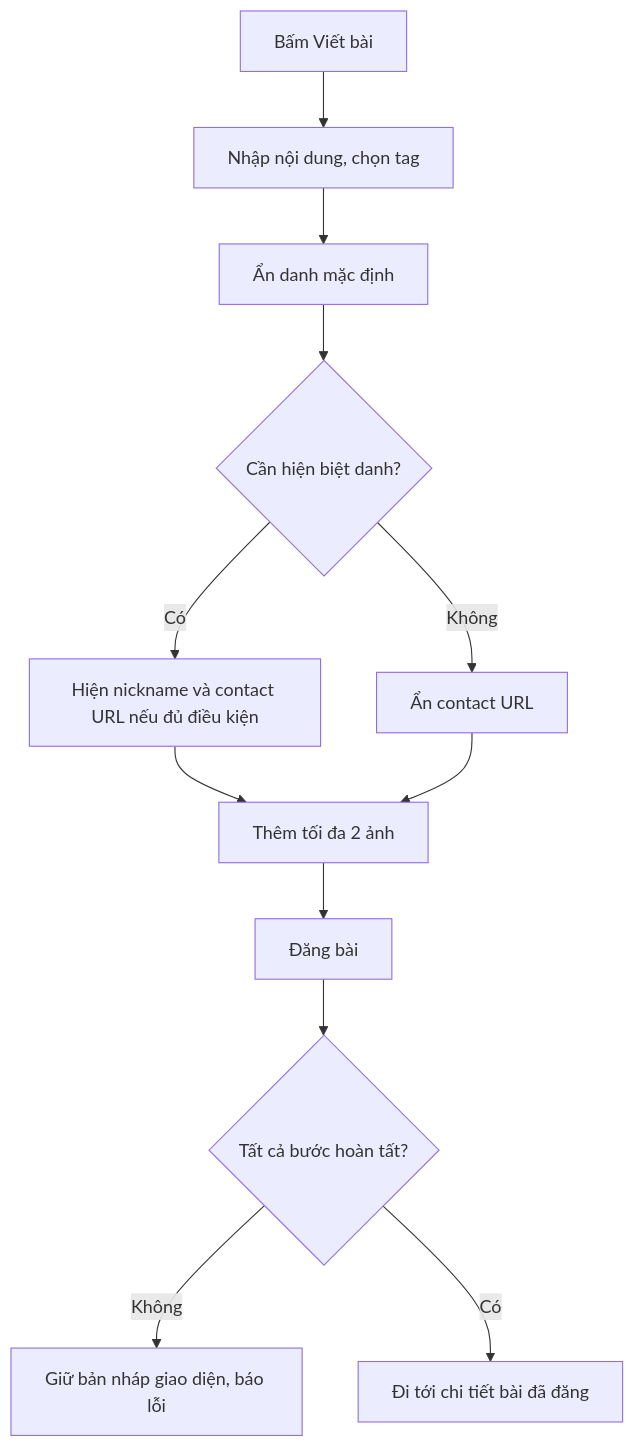
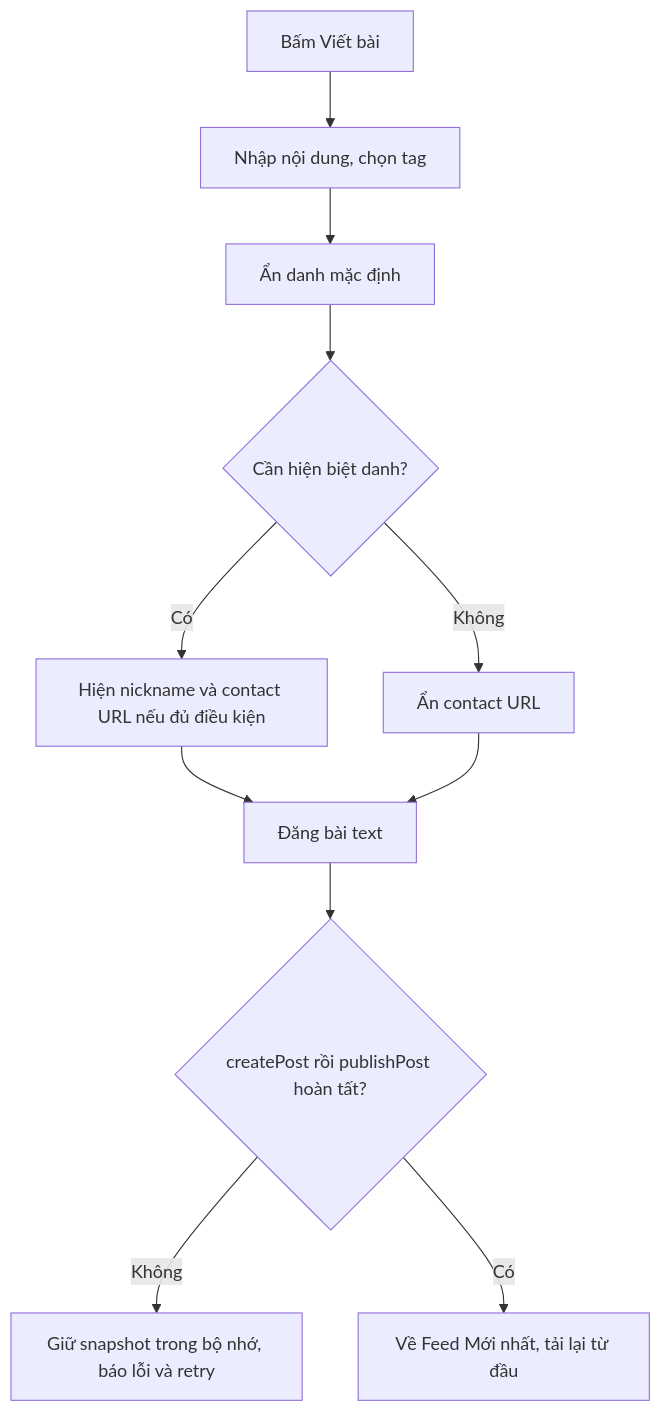
One commit to NgnTienDat/TheOU changed the third of 3 diagrams in docs/03-UI-UX-SPEC.md. Above: the diagram before and after it, drawn with Mermaid. The commit also changed other lines of this file and 28 other files, not shown here.

First line of the commit message:
feat(posts): add feed UI and text post composer

````diff
--- a/docs/03-UI-UX-SPEC.md
+++ b/docs/03-UI-UX-SPEC.md
@@ -102,14 +102,13 @@
 ```mermaid
 flowchart TD
   A[Bấm Viết bài] --> B[Nhập nội dung, chọn tag]
   B --> C[Ẩn danh mặc định]
   C --> D{Cần hiện biệt danh?}
   D -- Có --> E[Hiện nickname và contact URL nếu đủ điều kiện]
   D -- Không --> F[Ẩn contact URL]
-  E --> G[Thêm tối đa 2 ảnh]
-  F --> G
-  G --> H[Đăng bài]
-  H --> I{Tất cả bước hoàn tất?}
-  I -- Không --> J[Giữ bản nháp giao diện, báo lỗi]
-  I -- Có --> K[Đi tới chi tiết bài đã đăng]
+  E --> H[Đăng bài text]
+  F --> H
+  H --> I{createPost rồi publishPost hoàn tất?}
+  I -- Không --> J[Giữ snapshot trong bộ nhớ, báo lỗi và retry]
+  I -- Có --> K[Về Feed Mới nhất, tải lại từ đầu]
 ```
````
